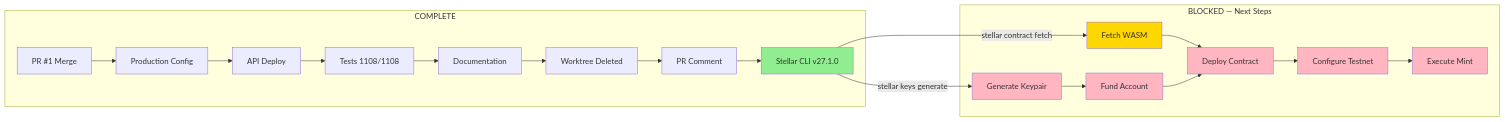
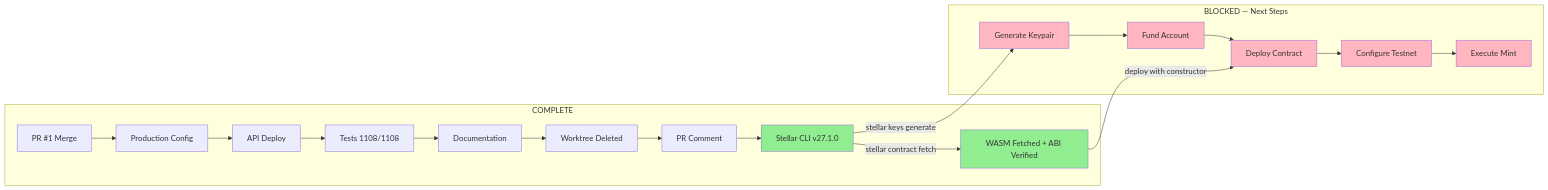
The diagram in docs/superpowers/diagrams/2026-08-19-dependency-map.md (SM-Web-Systems/lms-crypto-production), drawn with Mermaid before and after one commit. The commit also changed other lines of this file and 5 other files, not shown here.

First line of the commit message:
docs: phase 7 — production WASM fetched, ABI verified compatible with mintService.ts

````diff
--- a/docs/superpowers/diagrams/2026-08-19-dependency-map.md
+++ b/docs/superpowers/diagrams/2026-08-19-dependency-map.md
@@ -8,31 +8,31 @@
 ```mermaid
 graph LR
     subgraph "COMPLETE"
         PR["PR #1 Merge"] --> PROD["Production Config"]
         PROD --> DEPLOY["API Deploy"]
         DEPLOY --> TESTS["Tests 1108/1108"]
         TESTS --> DOCS["Documentation"]
         DOCS --> WT["Worktree Deleted"]
         WT --> PRCORR["PR Comment"]
         PRCORR --> CLI["Stellar CLI v27.1.0"]
+        CLI -->|"stellar contract fetch"| WASM["WASM Fetched + ABI Verified"]
     end
 
     subgraph "BLOCKED — Next Steps"
-        WASM["Fetch WASM"] --> CONTRACT["Deploy Contract"]
         KEYPAIR["Generate Keypair"] --> FUND["Fund Account"]
-        FUND --> CONTRACT
+        FUND --> CONTRACT["Deploy Contract"]
         CONTRACT --> ENV["Configure Testnet"]
         ENV --> MINT["Execute Mint"]
     end
 
-    CLI -->|"stellar contract fetch"| WASM
+    WASM -->|"deploy with constructor"| CONTRACT
     CLI -->|"stellar keys generate"| KEYPAIR
 
     style CLI fill:#90EE90
-    style WASM fill:#FFD700
+    style WASM fill:#90EE90
     style KEYPAIR fill:#FFB6C1
     style FUND fill:#FFB6C1
     style CONTRACT fill:#FFB6C1
     style ENV fill:#FFB6C1
     style MINT fill:#FFB6C1
 ```
````
